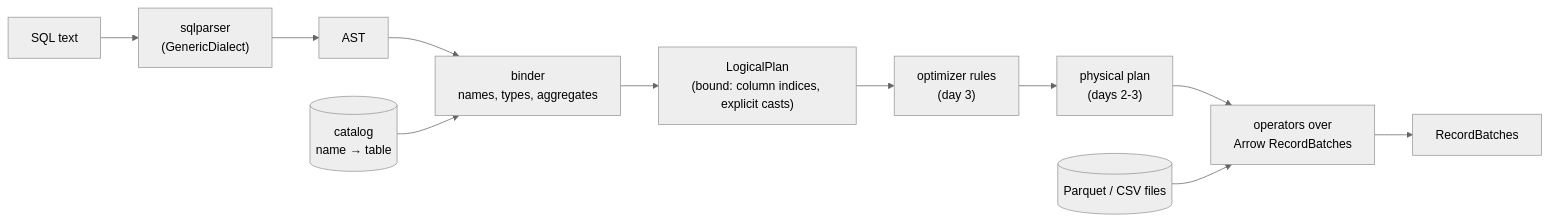
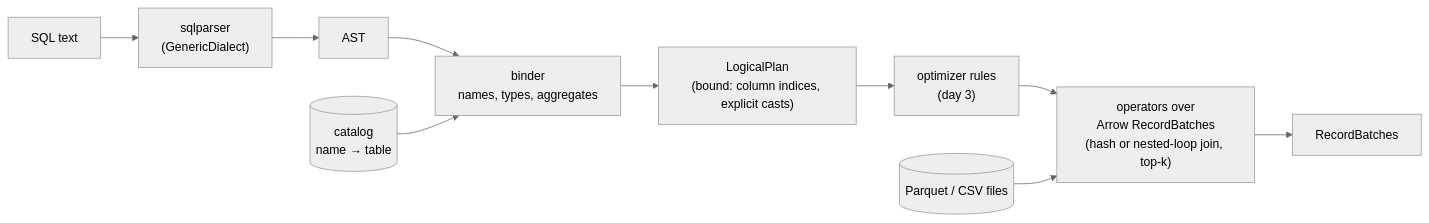
One commit to vivekdavara/quarry changed the diagram in DESIGN.md. Above: the diagram before and after it, drawn with Mermaid (neutral theme). The commit also changed other lines of this file and 6 other files, not shown here.

First line of the commit message:
Show the operators that run in EXPLAIN: HashJoin, NestedLoopJoin, TopK

````diff
--- a/DESIGN.md
+++ b/DESIGN.md
@@ -13,13 +13,12 @@
 ```mermaid
 flowchart LR
     sql["SQL text"] --> parser["sqlparser<br/>(GenericDialect)"]
     parser --> ast["AST"]
     ast --> binder["binder<br/>names, types, aggregates"]
     catalog[("catalog<br/>name → table")] --> binder
     binder --> logical["LogicalPlan<br/>(bound: column indices, explicit casts)"]
     logical --> optimizer["optimizer rules<br/>(day 3)"]
-    optimizer --> physical["physical plan<br/>(days 2-3)"]
-    physical --> exec["operators over<br/>Arrow RecordBatches"]
+    optimizer --> exec["operators over<br/>Arrow RecordBatches<br/>(hash or nested-loop join, top-k)"]
     files[("Parquet / CSV files")] --> exec
     exec --> result["RecordBatches"]
 ```
````
